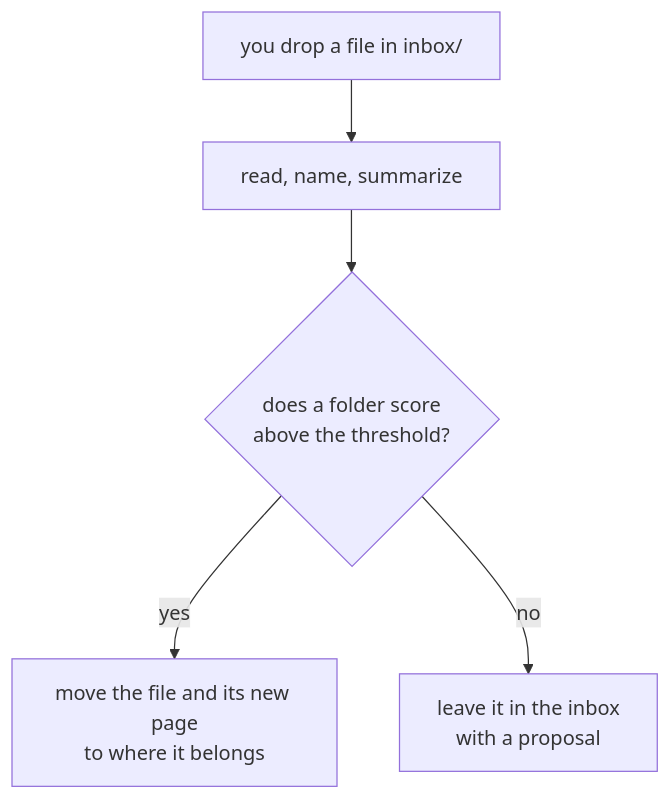
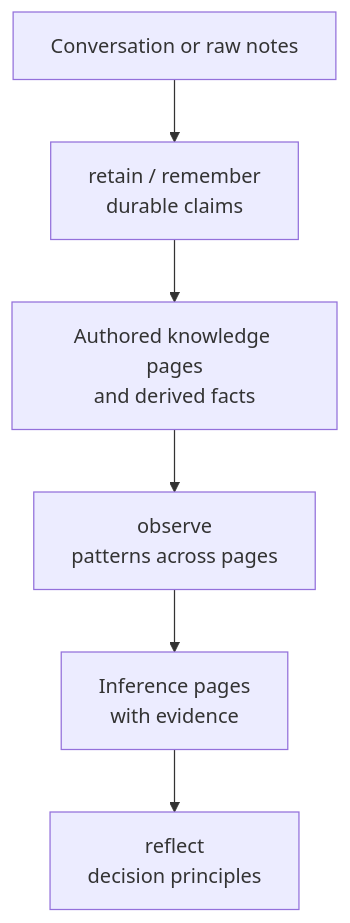
The sixth of 7 diagrams in HOW-IT-WORKS.md (tenphi/akno), drawn with Mermaid before and after one commit. The commit also changed other lines of this file and 5 other files, not shown here.

````diff
--- a/HOW-IT-WORKS.md
+++ b/HOW-IT-WORKS.md
@@ -637,7 +603,8 @@
 ```mermaid
 flowchart TD
-    drop["you drop a file in inbox/"] --> read["read, name, summarize"]
-    read --> score{"does a folder score<br/>above the threshold?"}
-    score -->|yes| move["move the file and its new page<br/>to where it belongs"]
-    score -->|no| stay["leave it in the inbox<br/>with a proposal"]
+    conversation["Conversation or raw notes"] --> remember["retain / remember<br/>durable claims"]
+    remember --> facts["Authored knowledge pages<br/>and derived facts"]
+    facts --> observe["observe<br/>patterns across pages"]
+    observe --> observations["Inference pages<br/>with evidence"]
+    observations --> reflect["reflect<br/>decision principles"]
 ```
````
